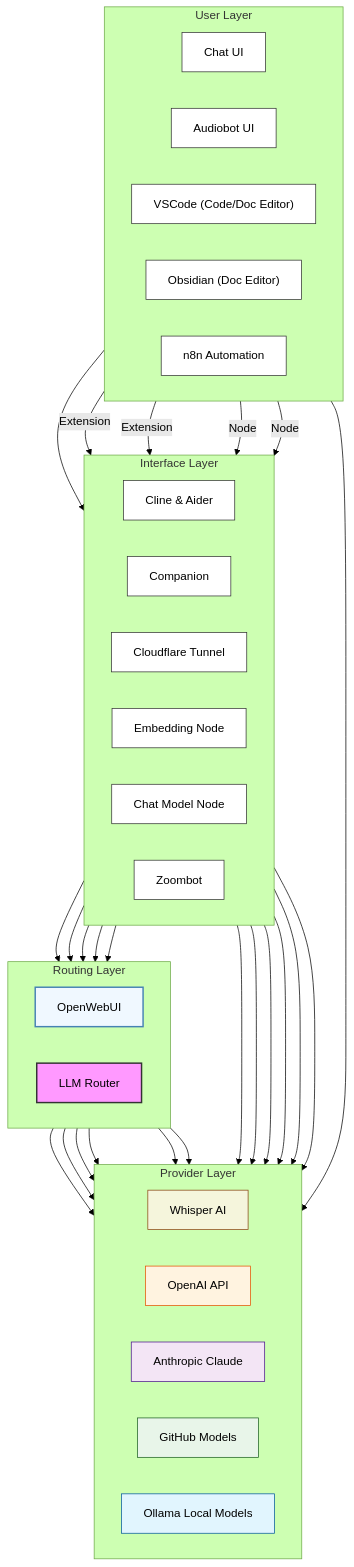
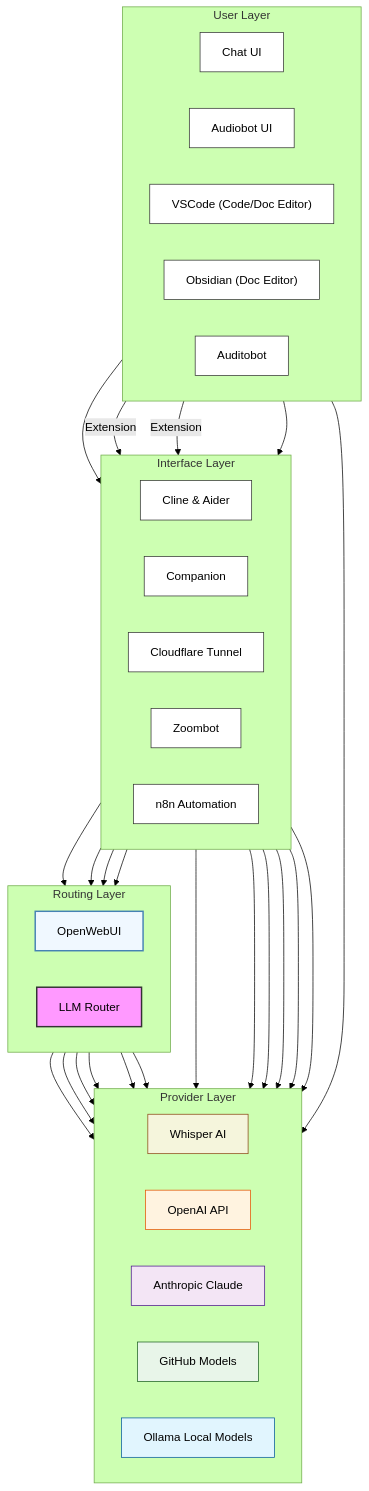
Before and after one commit to ZorroCheng-MC/thebox: the diagram in ARCHITECTURE.md, drawn with Mermaid (forest theme).

```diff
--- a/ARCHITECTURE.md
+++ b/ARCHITECTURE.md
@@ -64,7 +64,7 @@
 audiobot_ui["Audiobot UI"]
 vscode["VSCode (Code/Doc Editor)"]
 obsidian["Obsidian (Doc Editor)"]
-n8n["n8n Automation"]
+auditobot["Auditobot"]
 end
 
 subgraph Interface_Layer["Interface Layer"]
@@ -72,9 +72,8 @@
 cline["Cline & Aider"]
 companion["Companion"]
 cloudflare_tunnel["Cloudflare Tunnel"]
-embedding["Embedding Node"]
-chatmodel["Chat Model Node"]
 zoombot["Zoombot"]
+n8n["n8n Automation"]
 end
 
 chat_ui --> cloudflare_tunnel
@@ -83,8 +82,8 @@
 %% Connect components
 vscode -->|Extension| cline
 obsidian -->|Extension| companion
-n8n -->|Node| embedding
-n8n -->|Node| chatmodel
+auditobot --> n8n
+n8n --> litellm
 cline --> owui
 audiobot_ui --> whisper
 zoombot --> whisper
@@ -114,8 +113,6 @@
 
 %% Connections between layers with clear routing
 %% Client to Routing
-embedding --> litellm
-chatmodel --> litellm
 cline --> litellm
 
 %% Direct connections to providers
```
